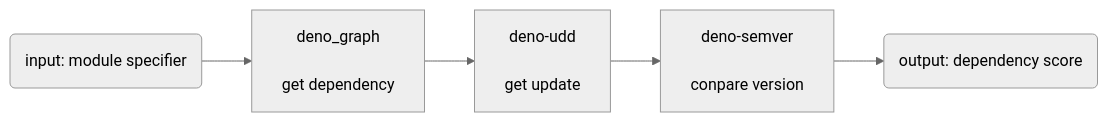
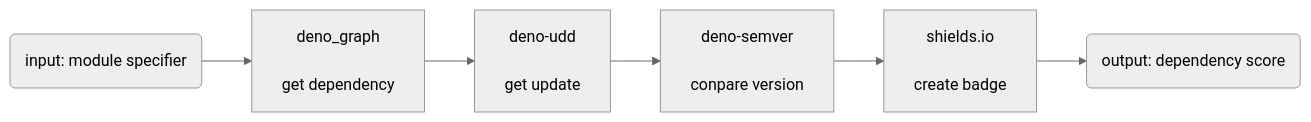
Before and after one commit to ayame113/dependency-score: the diagram in README.md, drawn with Mermaid (neutral theme). The commit also changed other lines of this file, not shown here.

````diff
--- a/README.md
+++ b/README.md
@@ -18,4 +19,4 @@
 ```mermaid
 graph LR;
-    A(input: module specifier)-->B[deno_graph<br><br>get dependency]-->C[deno-udd<br><br>get update]-->D[deno-semver<br><br>conpare version]-->E(output: dependency score);
+    A(input: module specifier)-->B[deno_graph<br><br>get dependency]-->C[deno-udd<br><br>get update]-->D[deno-semver<br><br>conpare version]-->E[shields.io<br><br>create badge]-->F(output: dependency score);
 ```
````
